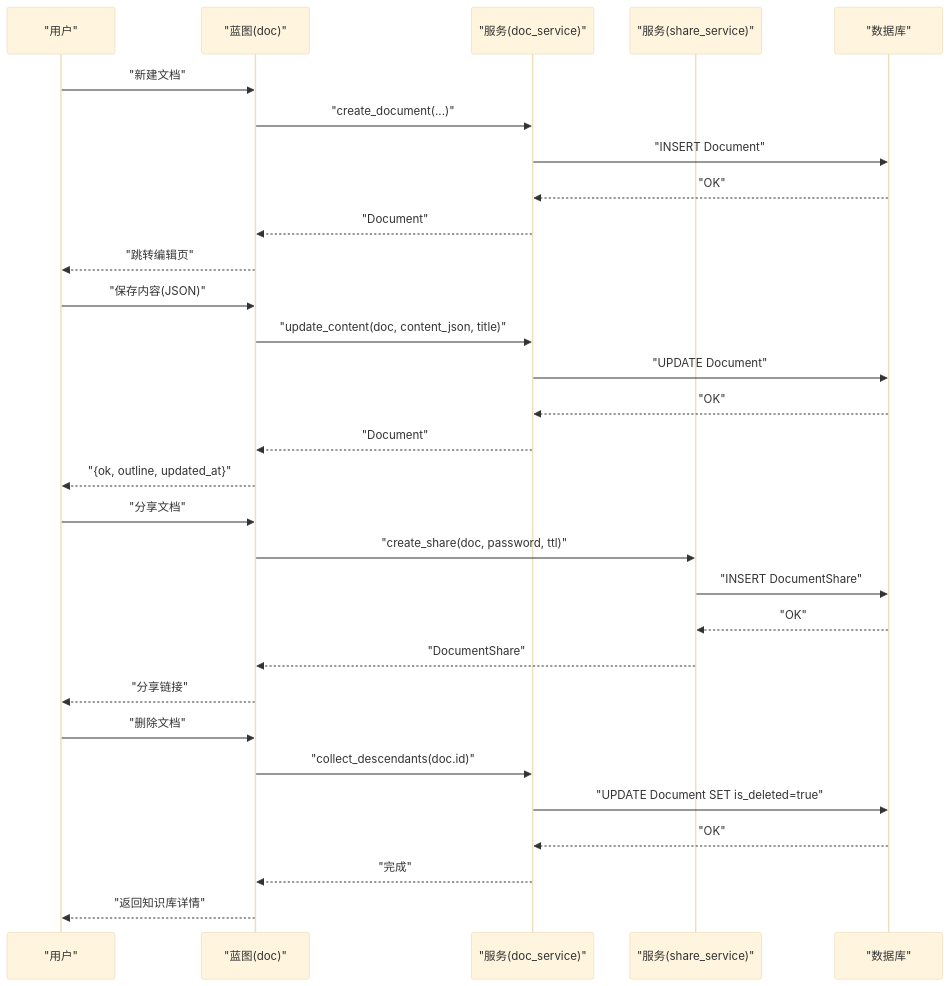
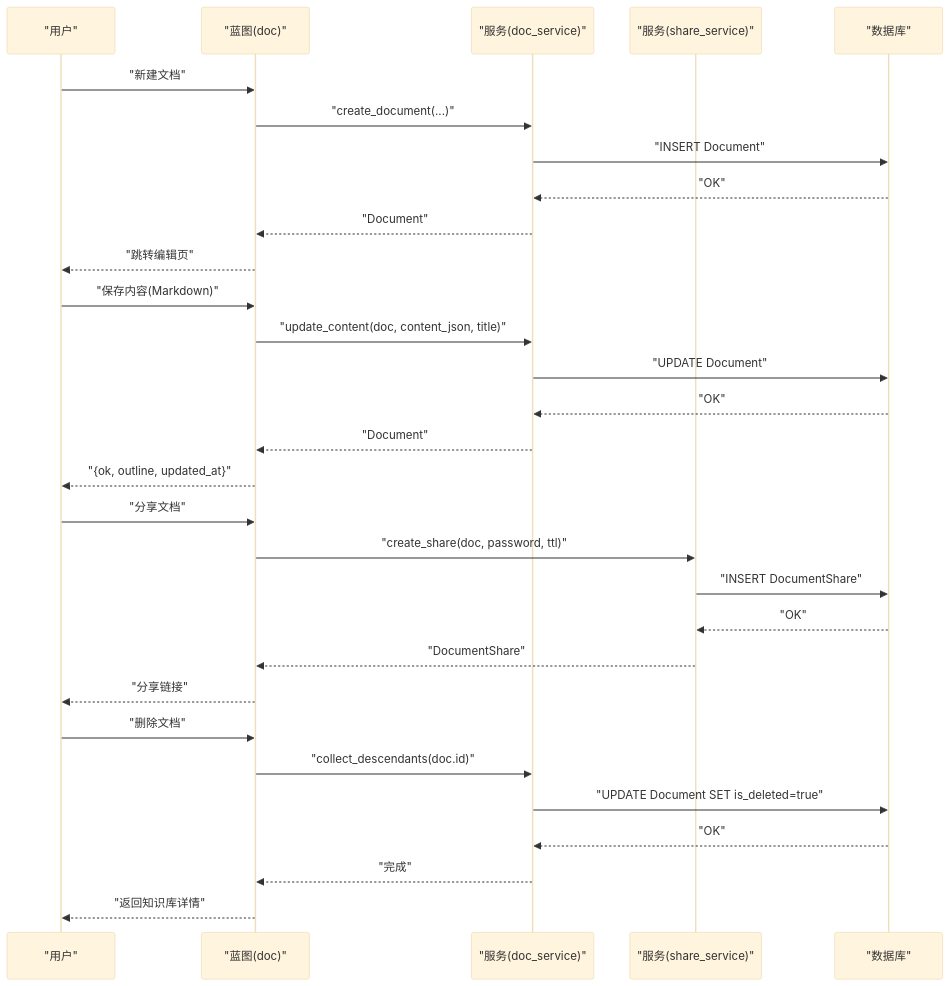
One commit to beyondalbert/my_wiki changed the fifth of 6 diagrams in .qoder/repowiki/zh/content/数据模型设计/文档模型.md. Above: the diagram before and after it, drawn with Mermaid (base theme). The commit also changed other lines of this file and 9 other files, not shown here.

````diff
--- a/.qoder/repowiki/zh/content/数据模型设计/文档模型.md
+++ b/.qoder/repowiki/zh/content/数据模型设计/文档模型.md
@@ -305,32 +334,32 @@
 ```mermaid
 sequenceDiagram
 participant U as "用户"
 participant BP as "蓝图(doc)"
 participant SVC as "服务(doc_service)"
 participant SH as "服务(share_service)"
 participant DB as "数据库"
 U->>BP : "新建文档"
 BP->>SVC : "create_document(...)"
 SVC->>DB : "INSERT Document"
 DB-->>SVC : "OK"
 SVC-->>BP : "Document"
 BP-->>U : "跳转编辑页"
-U->>BP : "保存内容(JSON)"
+U->>BP : "保存内容(Markdown)"
 BP->>SVC : "update_content(doc, content_json, title)"
 SVC->>DB : "UPDATE Document"
 DB-->>SVC : "OK"
 SVC-->>BP : "Document"
 BP-->>U : "{ok, outline, updated_at}"
 U->>BP : "分享文档"
 BP->>SH : "create_share(doc, password, ttl)"
 SH->>DB : "INSERT DocumentShare"
 DB-->>SH : "OK"
 SH-->>BP : "DocumentShare"
 BP-->>U : "分享链接"
 U->>BP : "删除文档"
 BP->>SVC : "collect_descendants(doc.id)"
 SVC->>DB : "UPDATE Document SET is_deleted=true"
 DB-->>SVC : "OK"
 SVC-->>BP : "完成"
 BP-->>U : "返回知识库详情"
 ```
````
